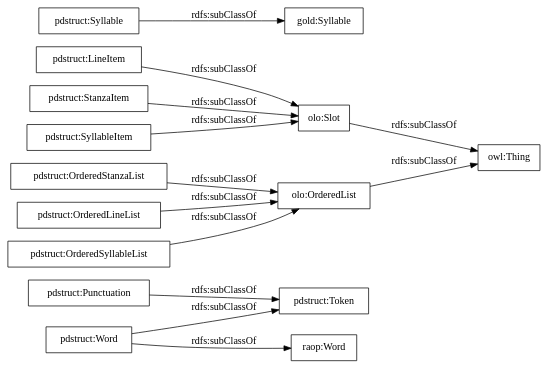
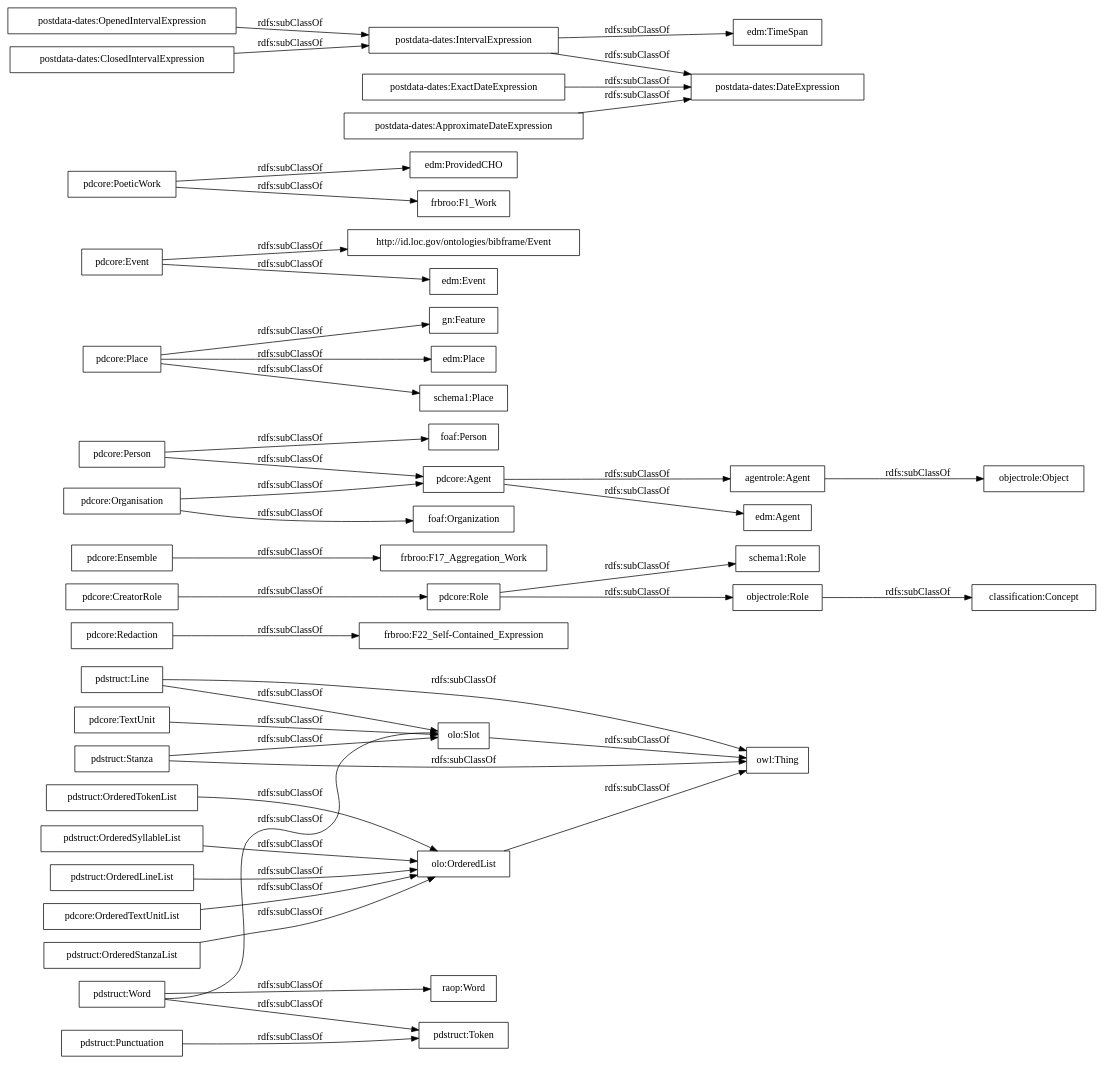
The diagram in OnToology/postdata-structuralElements.owl/diagrams/ar2dtool-taxonomy/postdata-structuralElements.owl.png.dot (linhd-postdata/structuralElements-ontology), drawn with Graphviz before and after one commit. The commit also changed 12 other files, not shown here.

```diff
--- a/OnToology/postdata-structuralElements.owl/diagrams/ar2dtool-taxonomy/postdata-structuralElements.owl.png.dot
+++ b/OnToology/postdata-structuralElements.owl/diagrams/ar2dtool-taxonomy/postdata-structuralElements.owl.png.dot
@@ -1,18 +1,48 @@
 digraph ar2dtool_diagram { 
 rankdir=LR;
 size="1000"
-node [shape = rectangle, color="black"]; "pdstruct:Punctuation" "pdstruct:OrderedStanzaList" "pdstruct:LineItem" "pdstruct:StanzaItem" "pdstruct:Word" "pdstruct:Token" "gold:Syllable" "pdstruct:OrderedSyllableList" "pdstruct:SyllableItem" "pdstruct:Syllable" "raop:Word" "pdstruct:OrderedLineList" "olo:Slot" "olo:OrderedList" ; /*classes style*/
-	"pdstruct:OrderedSyllableList" -> "olo:OrderedList" [ label = "rdfs:subClassOf" ];
-	"pdstruct:OrderedLineList" -> "olo:OrderedList" [ label = "rdfs:subClassOf" ];
+node [shape = rectangle, color="black"]; "pdstruct:Line" "pdstruct:Punctuation" "pdstruct:OrderedStanzaList" "pdstruct:OrderedTokenList" "pdstruct:Word" "pdstruct:Stanza" "pdstruct:Token" "pdstruct:OrderedSyllableList" "pdcore:Redaction" "raop:Word" "pdstruct:OrderedLineList" "pdcore:Role" "frbroo:F17_Aggregation_Work" "pdcore:OrderedTextUnitList" "agentrole:Agent" "gn:Feature" "edm:Agent" "pdcore:Agent" "pdcore:CreatorRole" "pdcore:Person" "pdcore:Organisation" "edm:Place" "pdcore:Ensemble" "foaf:Person" "frbroo:F22_Self-Contained_Expression" "http://id.loc.gov/ontologies/bibframe/Event" "edm:Event" "pdcore:TextUnit" "foaf:Organization" "edm:ProvidedCHO" "pdcore:Place" "schema1:Place" "pdcore:Event" "pdcore:PoeticWork" "frbroo:F1_Work" "schema1:Role" "olo:Slot" "olo:OrderedList" "owl:Thing" "objectrole:Role" "objectrole:Object" "postdata-dates:OpenedIntervalExpression" "postdata-dates:ClosedIntervalExpression" "postdata-dates:IntervalExpression" "postdata-dates:ExactDateExpression" "edm:TimeSpan" "postdata-dates:DateExpression" "postdata-dates:ApproximateDateExpression" "classification:Concept" ; /*classes style*/
 	"pdstruct:OrderedStanzaList" -> "olo:OrderedList" [ label = "rdfs:subClassOf" ];
+	"pdcore:Person" -> "foaf:Person" [ label = "rdfs:subClassOf" ];
+	"pdcore:Person" -> "pdcore:Agent" [ label = "rdfs:subClassOf" ];
+	"pdstruct:OrderedTokenList" -> "olo:OrderedList" [ label = "rdfs:subClassOf" ];
+	"pdstruct:Punctuation" -> "pdstruct:Token" [ label = "rdfs:subClassOf" ];
+	"agentrole:Agent" -> "objectrole:Object" [ label = "rdfs:subClassOf" ];
+	"pdstruct:Word" -> "olo:Slot" [ label = "rdfs:subClassOf" ];
 	"pdstruct:Word" -> "pdstruct:Token" [ label = "rdfs:subClassOf" ];
 	"pdstruct:Word" -> "raop:Word" [ label = "rdfs:subClassOf" ];
-	"pdstruct:SyllableItem" -> "olo:Slot" [ label = "rdfs:subClassOf" ];
+	"pdcore:PoeticWork" -> "frbroo:F1_Work" [ label = "rdfs:subClassOf" ];
+	"pdcore:PoeticWork" -> "edm:ProvidedCHO" [ label = "rdfs:subClassOf" ];
+	"objectrole:Role" -> "classification:Concept" [ label = "rdfs:subClassOf" ];
+	"pdstruct:OrderedSyllableList" -> "olo:OrderedList" [ label = "rdfs:subClassOf" ];
+	"postdata-dates:ClosedIntervalExpression" -> "postdata-dates:IntervalExpression" [ label = "rdfs:subClassOf" ];
+	"pdstruct:Stanza" -> "olo:Slot" [ label = "rdfs:subClassOf" ];
+	"pdstruct:Stanza" -> "owl:Thing" [ label = "rdfs:subClassOf" ];
+	"postdata-dates:ApproximateDateExpression" -> "postdata-dates:DateExpression" [ label = "rdfs:subClassOf" ];
+	"pdcore:Agent" -> "agentrole:Agent" [ label = "rdfs:subClassOf" ];
+	"pdcore:Agent" -> "edm:Agent" [ label = "rdfs:subClassOf" ];
+	"olo:Slot" -> "owl:Thing" [ label = "rdfs:subClassOf" ];
+	"postdata-dates:OpenedIntervalExpression" -> "postdata-dates:IntervalExpression" [ label = "rdfs:subClassOf" ];
+	"pdcore:Organisation" -> "foaf:Organization" [ label = "rdfs:subClassOf" ];
+	"pdcore:Organisation" -> "pdcore:Agent" [ label = "rdfs:subClassOf" ];
+	"pdcore:Ensemble" -> "frbroo:F17_Aggregation_Work" [ label = "rdfs:subClassOf" ];
 	"olo:OrderedList" -> "owl:Thing" [ label = "rdfs:subClassOf" ];
-	"olo:Slot" -> "owl:Thing" [ label = "rdfs:subClassOf" ];
-	"pdstruct:Syllable" -> "gold:Syllable" [ label = "rdfs:subClassOf" ];
-	"pdstruct:StanzaItem" -> "olo:Slot" [ label = "rdfs:subClassOf" ];
-	"pdstruct:LineItem" -> "olo:Slot" [ label = "rdfs:subClassOf" ];
-	"pdstruct:Punctuation" -> "pdstruct:Token" [ label = "rdfs:subClassOf" ];
+	"pdcore:TextUnit" -> "olo:Slot" [ label = "rdfs:subClassOf" ];
+	"pdcore:Redaction" -> "frbroo:F22_Self-Contained_Expression" [ label = "rdfs:subClassOf" ];
+	"pdcore:Place" -> "edm:Place" [ label = "rdfs:subClassOf" ];
+	"pdcore:Place" -> "schema1:Place" [ label = "rdfs:subClassOf" ];
+	"pdcore:Place" -> "gn:Feature" [ label = "rdfs:subClassOf" ];
+	"pdstruct:OrderedLineList" -> "olo:OrderedList" [ label = "rdfs:subClassOf" ];
+	"pdcore:CreatorRole" -> "pdcore:Role" [ label = "rdfs:subClassOf" ];
+	"pdcore:Role" -> "objectrole:Role" [ label = "rdfs:subClassOf" ];
+	"pdcore:Role" -> "schema1:Role" [ label = "rdfs:subClassOf" ];
+	"pdstruct:Line" -> "olo:Slot" [ label = "rdfs:subClassOf" ];
+	"pdstruct:Line" -> "owl:Thing" [ label = "rdfs:subClassOf" ];
+	"pdcore:OrderedTextUnitList" -> "olo:OrderedList" [ label = "rdfs:subClassOf" ];
+	"postdata-dates:IntervalExpression" -> "edm:TimeSpan" [ label = "rdfs:subClassOf" ];
+	"postdata-dates:IntervalExpression" -> "postdata-dates:DateExpression" [ label = "rdfs:subClassOf" ];
+	"postdata-dates:ExactDateExpression" -> "postdata-dates:DateExpression" [ label = "rdfs:subClassOf" ];
+	"pdcore:Event" -> "edm:Event" [ label = "rdfs:subClassOf" ];
+	"pdcore:Event" -> "http://id.loc.gov/ontologies/bibframe/Event" [ label = "rdfs:subClassOf" ];
 
 }
```
